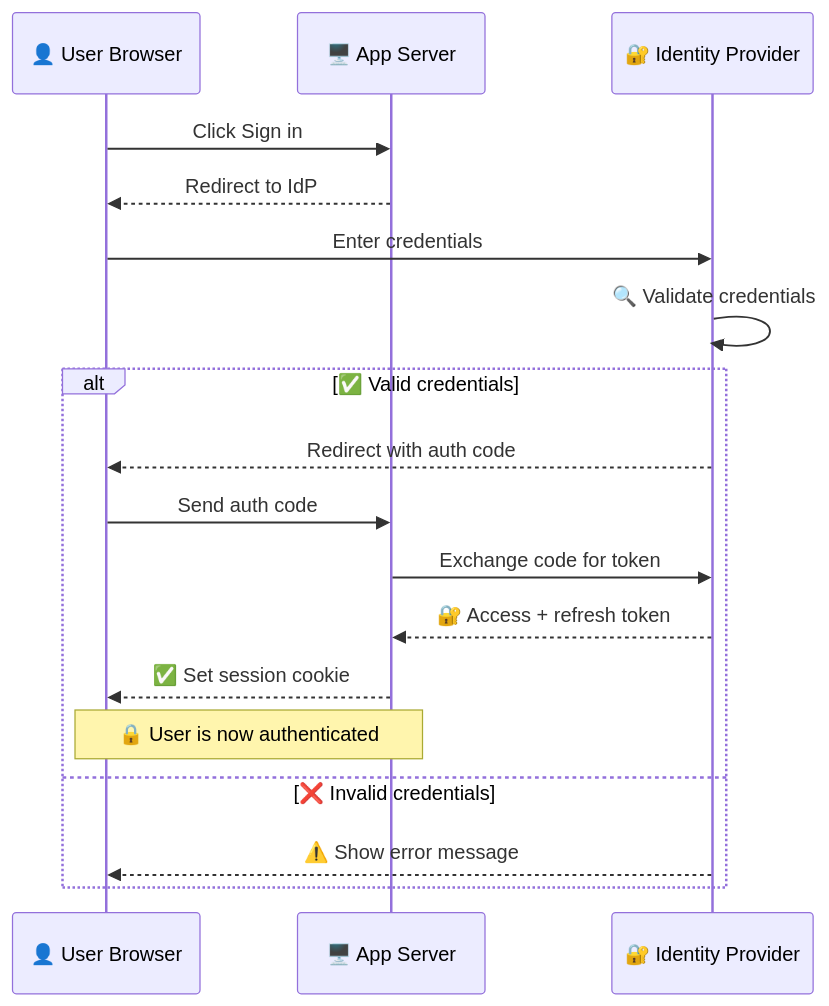
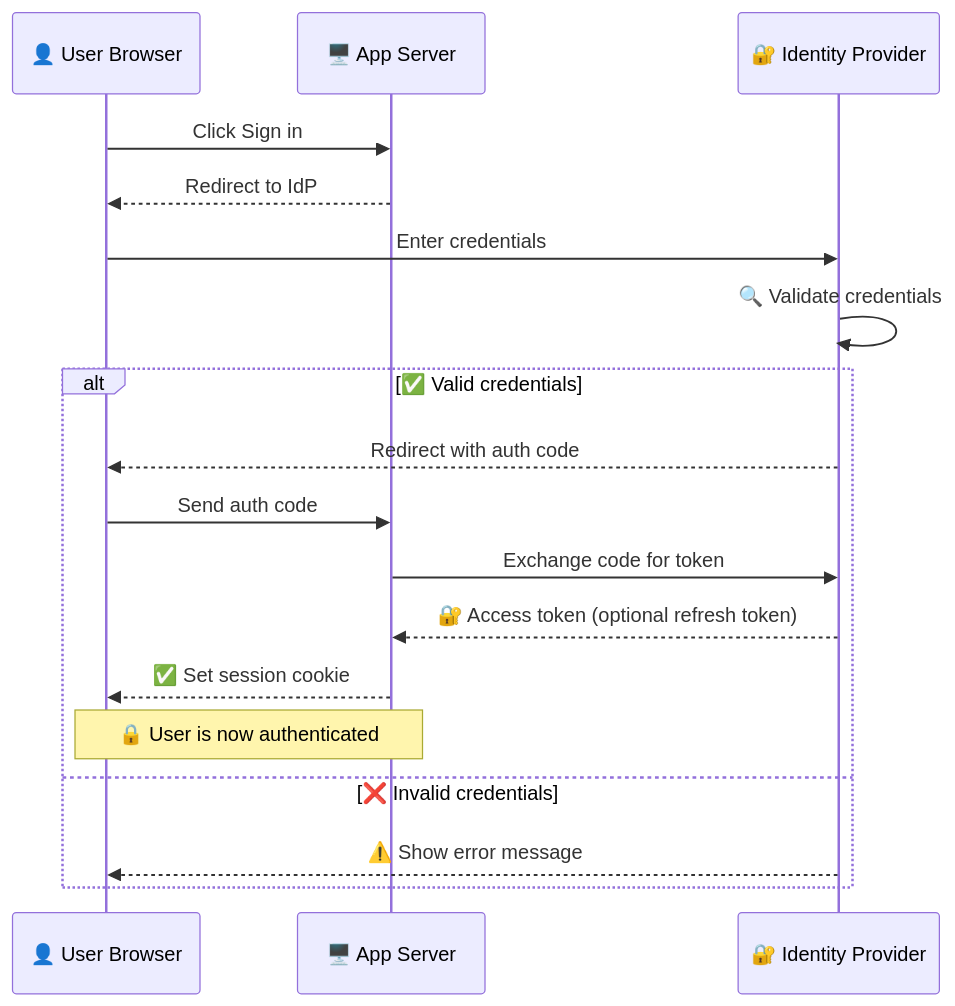
One commit to thereisnotime/skills-collection changed the first of 3 diagrams in skills/K-Dense-AI--claude-scientific-skills/skills/markdown-mermaid-writing/references/diagrams/sequence.md. Above: the diagram before and after it, drawn with Mermaid. The commit also changed other lines of this file and 4040 other files, not shown here.

Commit message:
sync: update skills repos, readme and charts

````diff
--- a/skills/K-Dense-AI--claude-scientific-skills/skills/markdown-mermaid-writing/references/diagrams/sequence.md
+++ b/skills/K-Dense-AI--claude-scientific-skills/skills/markdown-mermaid-writing/references/diagrams/sequence.md
@@ -15,26 +18,26 @@
 ```mermaid
 sequenceDiagram
     accTitle: OAuth 2.0 Authorization Code Flow
     accDescr: Step-by-step OAuth flow between user browser, app server, and identity provider showing the token exchange and error path
 
     participant U as 👤 User Browser
     participant A as 🖥️ App Server
     participant I as 🔐 Identity Provider
 
     U->>A: Click Sign in
     A-->>U: Redirect to IdP
 
     U->>I: Enter credentials
     I->>I: 🔍 Validate credentials
 
     alt ✅ Valid credentials
         I-->>U: Redirect with auth code
         U->>A: Send auth code
         A->>I: Exchange code for token
-        I-->>A: 🔐 Access + refresh token
+        I-->>A: 🔐 Access token (optional refresh token)
         A-->>U: ✅ Set session cookie
         Note over U,A: 🔒 User is now authenticated
     else ❌ Invalid credentials
         I-->>U: ⚠️ Show error message
     end
 ```
````
